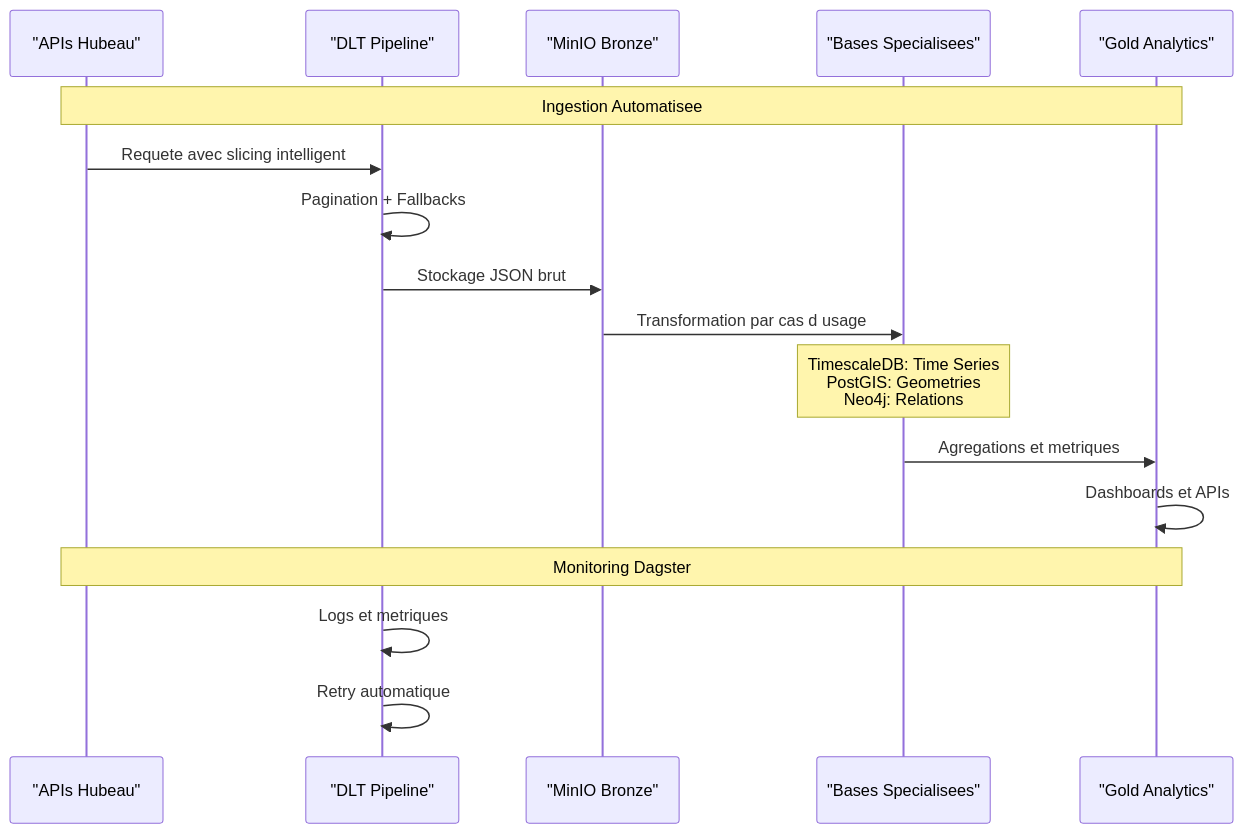
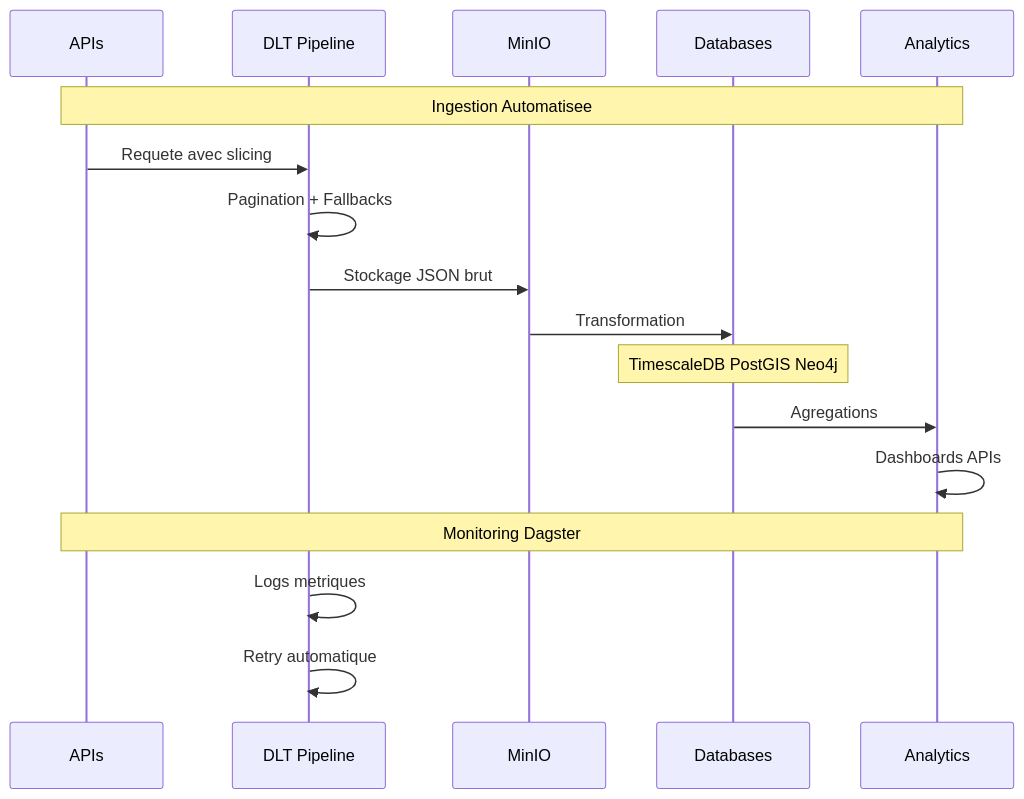
Before and after one commit to xairon/hubeau_data_integration: the third of 4 diagrams in docs/ARCHITECTURE_MODERNE.md, drawn with Mermaid. The commit also changed other lines of this file, not shown here.

First line of the commit message:
fix: Simplification extreme diagrammes Mermaid ARCHITECTURE_MODERNE.md

````diff
--- a/docs/ARCHITECTURE_MODERNE.md
+++ b/docs/ARCHITECTURE_MODERNE.md
@@ -152,24 +91,24 @@
 ```mermaid
 sequenceDiagram
-    participant API as "APIs Hubeau"
-    participant DLT as "DLT Pipeline"
-    participant MINIO as "MinIO Bronze"
-    participant DB as "Bases Specialisees"
-    participant GOLD as "Gold Analytics"
+    participant API as APIs
+    participant DLT as DLT Pipeline
+    participant MINIO as MinIO
+    participant DB as Databases
+    participant GOLD as Analytics
     
     Note over API,GOLD: Ingestion Automatisee
     
-    API->>DLT: Requete avec slicing intelligent
+    API->>DLT: Requete avec slicing
     DLT->>DLT: Pagination + Fallbacks
     DLT->>MINIO: Stockage JSON brut
-    MINIO->>DB: Transformation par cas d usage
+    MINIO->>DB: Transformation
     
-    Note over DB: TimescaleDB: Time Series<br/>PostGIS: Geometries<br/>Neo4j: Relations
+    Note over DB: TimescaleDB PostGIS Neo4j
     
-    DB->>GOLD: Agregations et metriques
-    GOLD->>GOLD: Dashboards et APIs
+    DB->>GOLD: Agregations
+    GOLD->>GOLD: Dashboards APIs
     
     Note over API,GOLD: Monitoring Dagster
-    DLT->>DLT: Logs et metriques
+    DLT->>DLT: Logs metriques
     DLT->>DLT: Retry automatique
 ```
````
